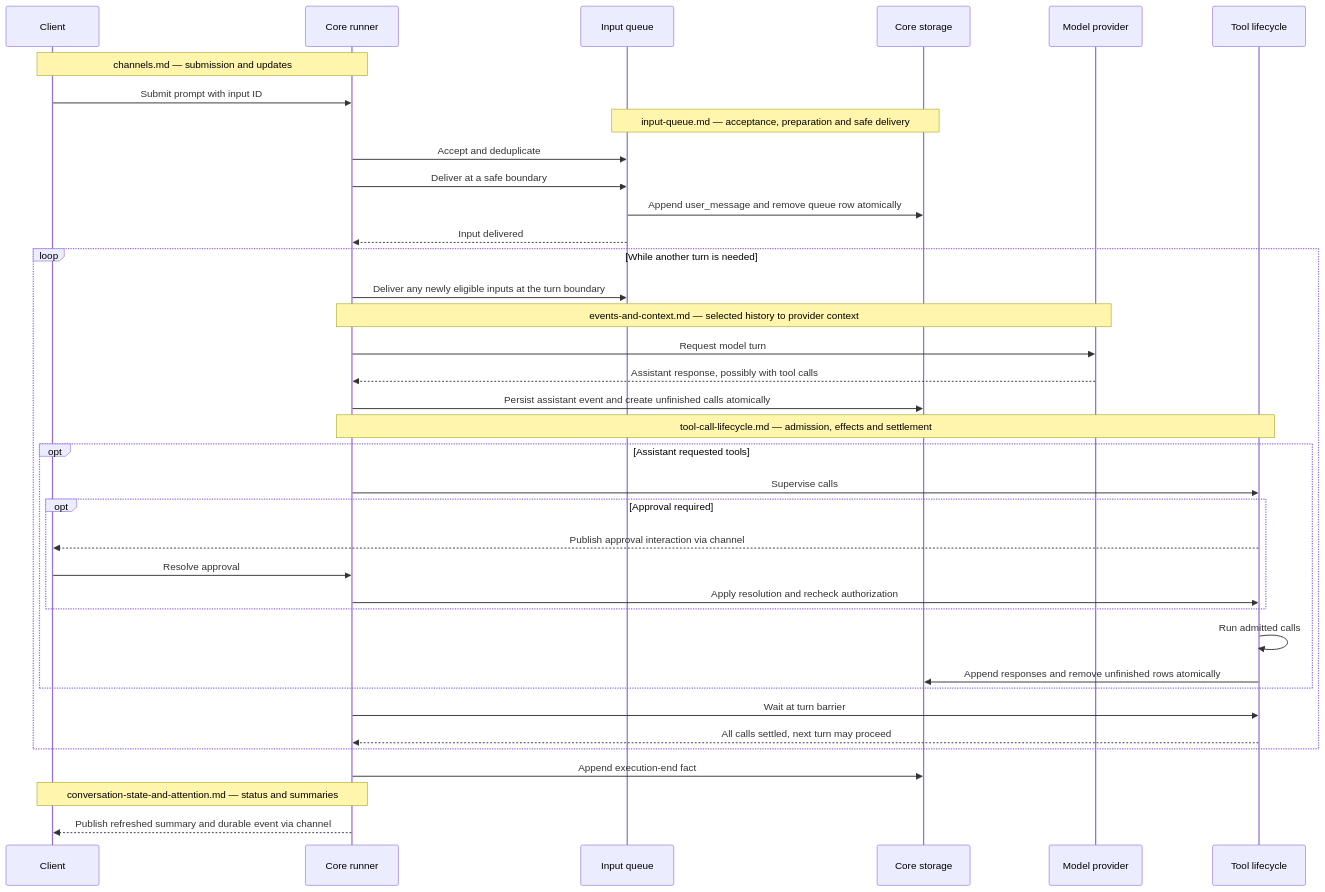
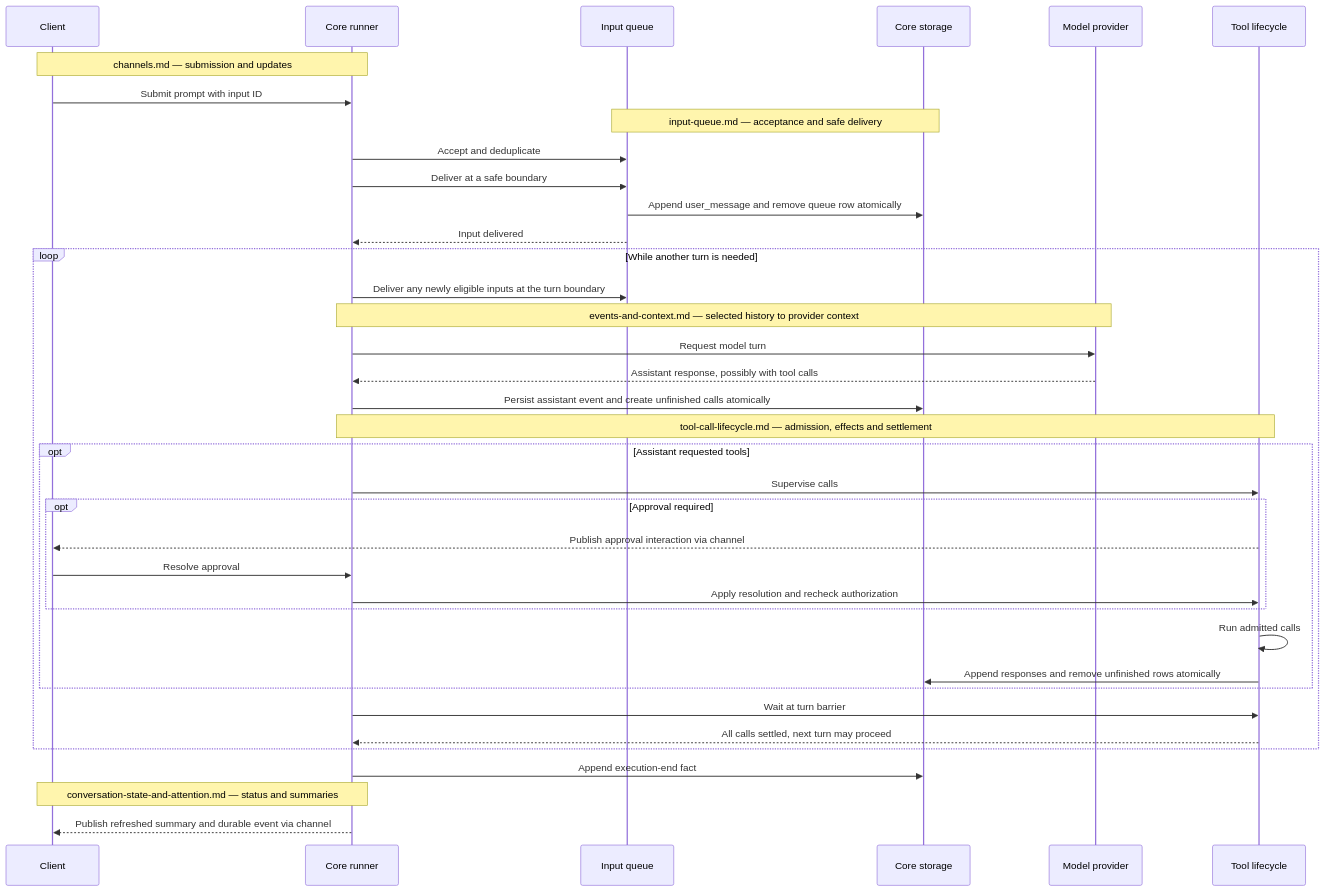
One commit to ThilinaTLM/nerve changed the second of 2 diagrams in docs/architecture/conversation-core/README.md. Above: the diagram before and after it, drawn with Mermaid. The commit also changed other lines of this file and 95 other files, not shown here.

````diff
--- a/docs/architecture/conversation-core/README.md
+++ b/docs/architecture/conversation-core/README.md
@@ -38,39 +38,39 @@
 ```mermaid
 sequenceDiagram
     participant C as Client
     participant R as Core runner
     participant Q as Input queue
     participant E as Core storage
     participant M as Model provider
     participant T as Tool lifecycle
     Note over C,R: channels.md — submission and updates
     C->>R: Submit prompt with input ID
-    Note over Q,E: input-queue.md — acceptance, preparation and safe delivery
+    Note over Q,E: input-queue.md — acceptance and safe delivery
     R->>Q: Accept and deduplicate
     R->>Q: Deliver at a safe boundary
     Q->>E: Append user_message and remove queue row atomically
     Q-->>R: Input delivered
     loop While another turn is needed
         R->>Q: Deliver any newly eligible inputs at the turn boundary
         Note over R,M: events-and-context.md — selected history to provider context
         R->>M: Request model turn
         M-->>R: Assistant response, possibly with tool calls
         R->>E: Persist assistant event and create unfinished calls atomically
         Note over R,T: tool-call-lifecycle.md — admission, effects and settlement
         opt Assistant requested tools
             R->>T: Supervise calls
             opt Approval required
                 T-->>C: Publish approval interaction via channel
                 C->>R: Resolve approval
                 R->>T: Apply resolution and recheck authorization
             end
             T->>T: Run admitted calls
             T->>E: Append responses and remove unfinished rows atomically
         end
         R->>T: Wait at turn barrier
         T-->>R: All calls settled, next turn may proceed
     end
     R->>E: Append execution-end fact
     Note over R,C: conversation-state-and-attention.md — status and summaries
     R-->>C: Publish refreshed summary and durable event via channel
 ```
````
